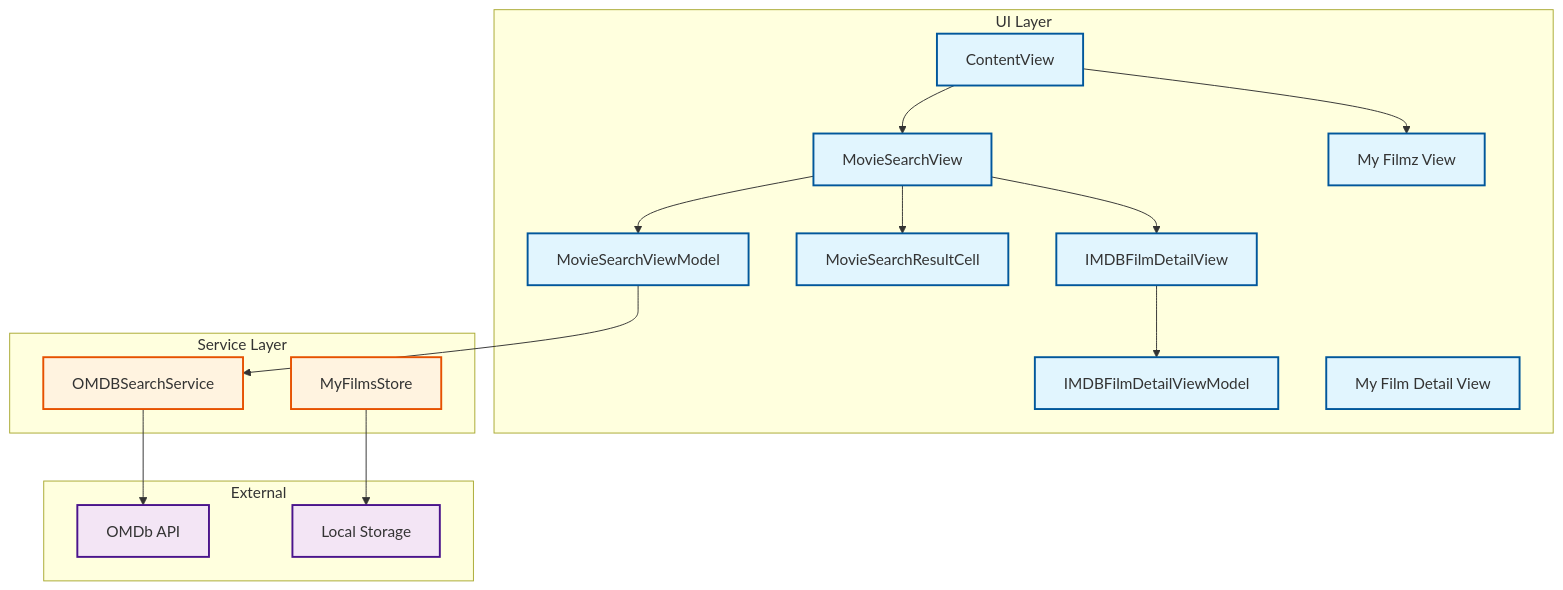
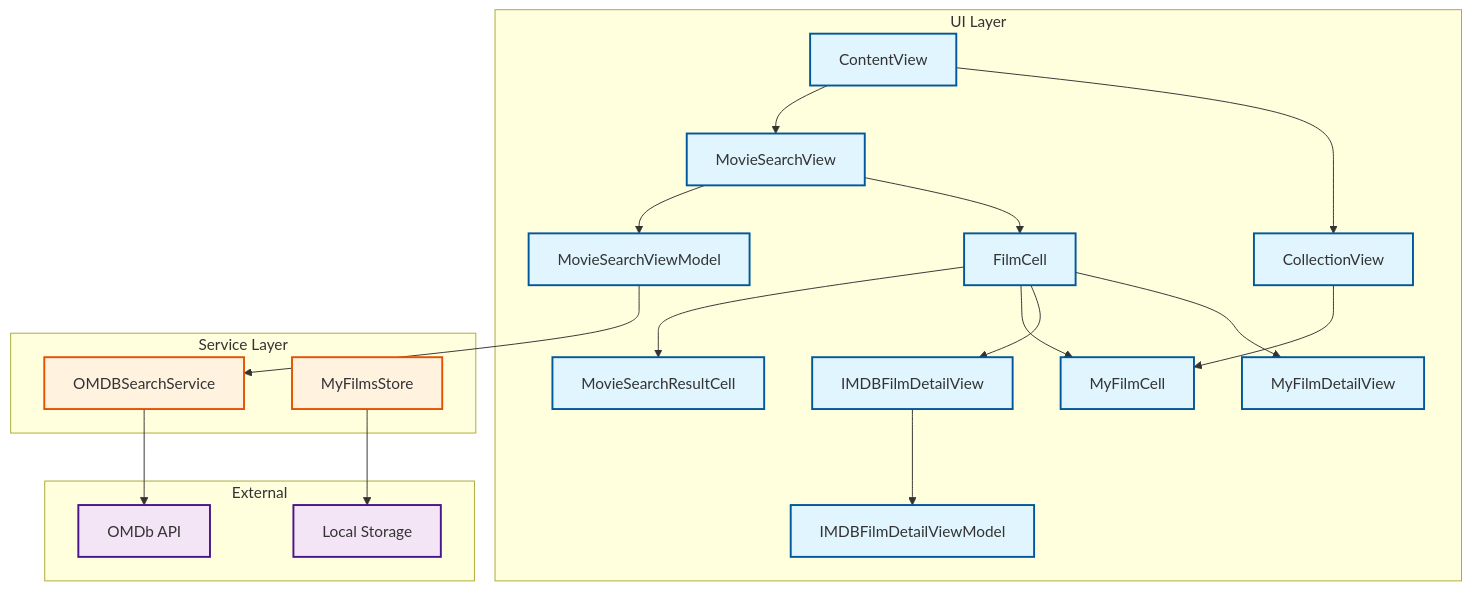
One commit to tillg/filmz2 changed the second of 13 diagrams in docs/ARCHITECTURE.md. Above: the diagram before and after it, drawn with Mermaid. The commit also changed other lines of this file and 5 other files, not shown here.

First line of the commit message:
Implement FilmCell wrapper pattern for unified film display

````diff
--- a/docs/ARCHITECTURE.md
+++ b/docs/ARCHITECTURE.md
@@ -65,41 +67,47 @@
 ```mermaid
 graph TB
     subgraph "UI Layer"
         CV[ContentView]
         MSV[MovieSearchView]
         MSVM[MovieSearchViewModel]
+        FC[FilmCell]
         MSRC[MovieSearchResultCell]
+        MFC[MyFilmCell]
         IFDV[IMDBFilmDetailView]
         IFDVM[IMDBFilmDetailViewModel]
-        MFV[My Filmz View]
-        MFDV[My Film Detail View]
+        CollV[CollectionView]
+        MFDV[MyFilmDetailView]
     end
 
     subgraph "Service Layer"
         OMDB[OMDBSearchService]
         MFS[MyFilmsStore]
     end
 
     subgraph "External"
         API[OMDb API]
         LS[Local Storage]
     end
 
     CV --> MSV
-    CV --> MFV
+    CV --> CollV
     MSV --> MSVM
-    MSV --> MSRC
+    MSV --> FC
+    FC --> MSRC
+    FC --> MFC
+    CollV --> MFC
     MSVM --> OMDB
-    MSV --> IFDV
+    FC --> IFDV
+    FC --> MFDV
     IFDV --> IFDVM
     OMDB --> API
     MFS --> LS
 
     classDef ui fill:#e1f5fe,stroke:#01579b,stroke-width:2px
     classDef service fill:#fff3e0,stroke:#e65100,stroke-width:2px
     classDef external fill:#f3e5f5,stroke:#4a148c,stroke-width:2px
 
-    class CV,MSV,MSVM,MSRC,IFDV,IFDVM,MFV,MFDV ui
+    class CV,MSV,MSVM,FC,MSRC,MFC,IFDV,IFDVM,CollV,MFDV ui
     class OMDB,MFS service
     class API,LS external
 ```
````
